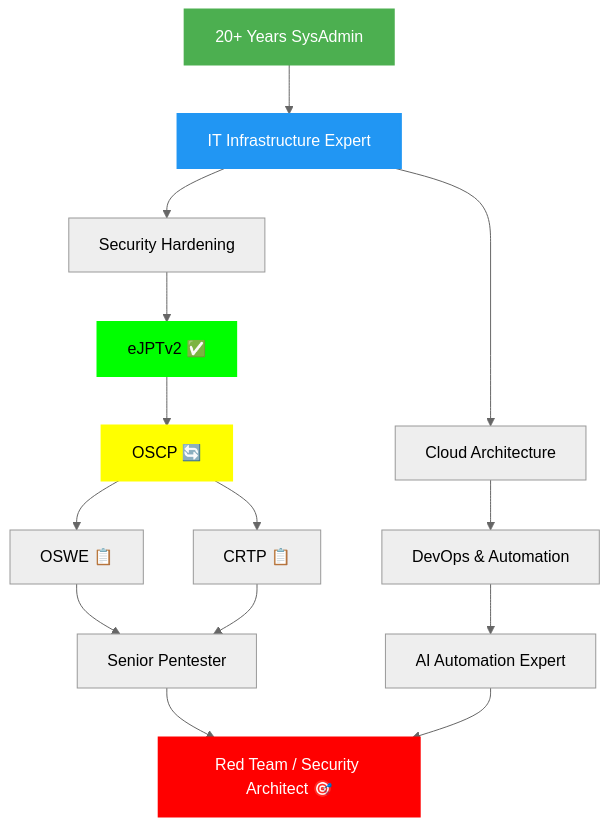
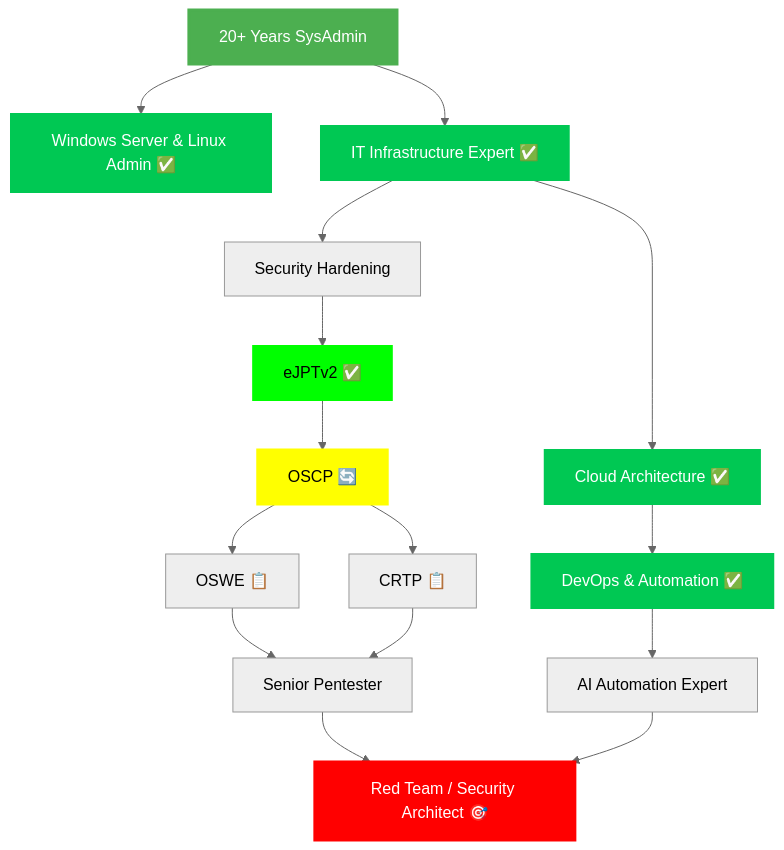
The diagram in README.md (4ndymcfly/4ndymcfly), drawn with Mermaid (neutral theme) before and after one commit. The commit also changed other lines of this file, not shown here.

````diff
--- a/README.md
+++ b/README.md
@@ -354,22 +354,26 @@
 ```mermaid
 graph TB
-    A[20+ Years SysAdmin] --> B[IT Infrastructure Expert]
-    B --> C[Cloud Architecture]
-    B --> D[Security Hardening]
-    C --> E[DevOps & Automation]
-    D --> F[eJPTv2 ✅]
-    F --> G[OSCP 🔄]
-    G --> H[OSWE 📋]
-    G --> I[CRTP 📋]
-    H --> J[Senior Pentester]
-    I --> J
-    E --> K[AI Automation Expert]
-    J --> L[Red Team / Security Architect 🎯]
-    K --> L
+    A[20+ Years SysAdmin] --> B[Windows Server & Linux Admin ✅]
+    A --> C[IT Infrastructure Expert ✅]
+    C --> D[Cloud Architecture ✅]
+    C --> E[Security Hardening]
+    D --> F[DevOps & Automation ✅]
+    E --> G[eJPTv2 ✅]
+    G --> H[OSCP 🔄]
+    H --> I[OSWE 📋]
+    H --> J[CRTP 📋]
+    I --> K[Senior Pentester]
+    J --> K
+    F --> L[AI Automation Expert]
+    K --> M[Red Team / Security Architect 🎯]
+    L --> M
 
     style A fill:#4CAF50,stroke:#4CAF50,stroke-width:3px,color:#fff
-    style B fill:#2196F3,stroke:#2196F3,stroke-width:2px,color:#fff
-    style F fill:#00ff00,stroke:#00ff00,stroke-width:2px,color:#000
-    style G fill:#ffff00,stroke:#ffff00,stroke-width:3px,color:#000
-    style L fill:#ff0000,stroke:#ff0000,stroke-width:3px,color:#fff
+    style B fill:#00C853,stroke:#00C853,stroke-width:2px,color:#fff
+    style C fill:#00C853,stroke:#00C853,stroke-width:2px,color:#fff
+    style D fill:#00C853,stroke:#00C853,stroke-width:2px,color:#fff
+    style F fill:#00C853,stroke:#00C853,stroke-width:2px,color:#fff
+    style G fill:#00ff00,stroke:#00ff00,stroke-width:2px,color:#000
+    style H fill:#ffff00,stroke:#ffff00,stroke-width:3px,color:#000
+    style M fill:#ff0000,stroke:#ff0000,stroke-width:3px,color:#fff
 ```
````
